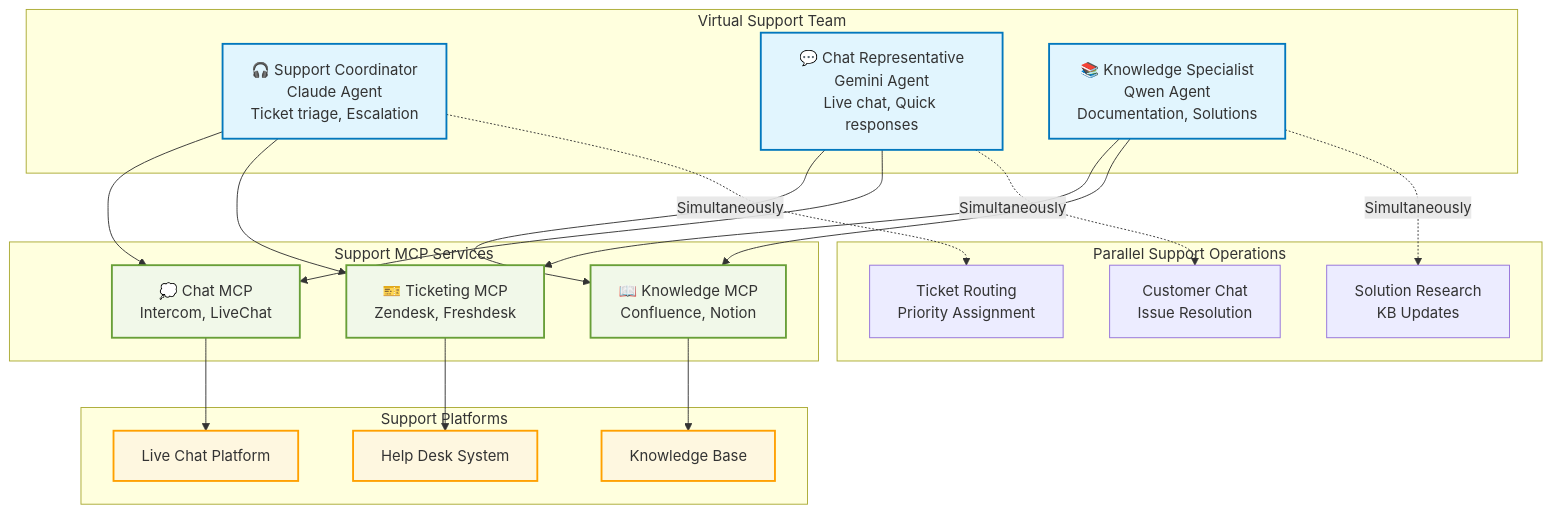
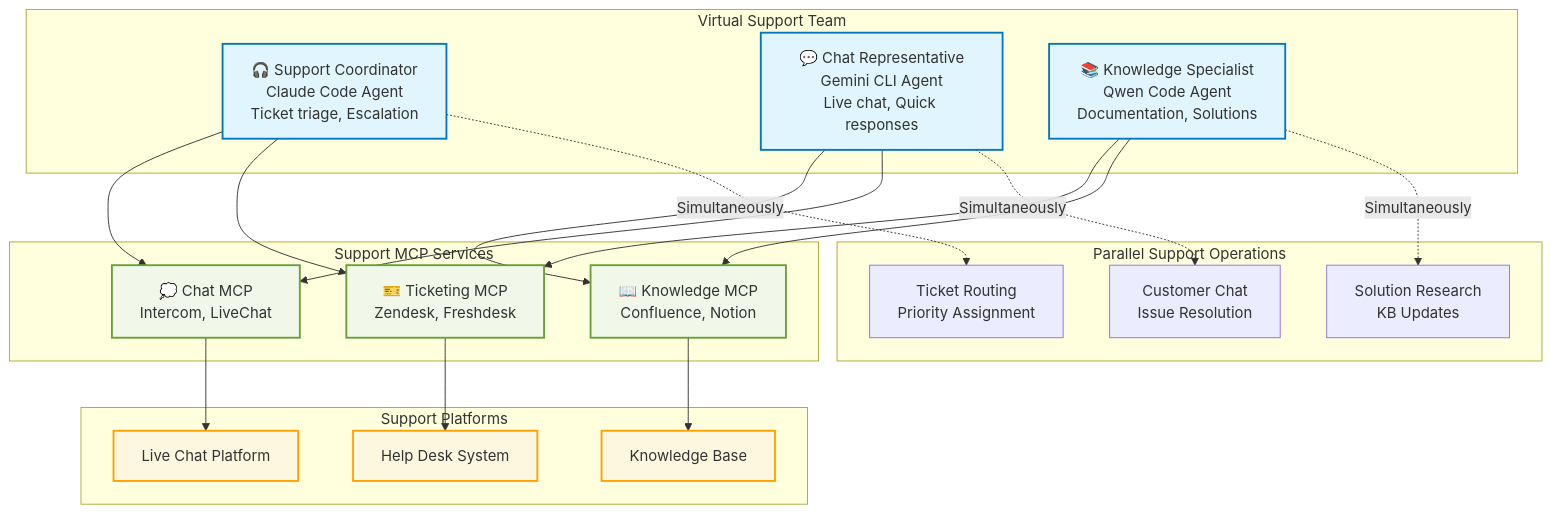
The third of 5 diagrams in README.md (diazoxide/autoteam), drawn with Mermaid before and after one commit. The commit also changed other lines of this file, not shown here.

First line of the commit message:
Update AI agent names to specify CLI/Code versions and scalability

````diff
--- a/README.md
+++ b/README.md
@@ -121,46 +121,46 @@
 ```mermaid
 graph TB
     subgraph "Virtual Support Team"
-        SC[🎧 Support Coordinator<br/>Claude Agent<br/>Ticket triage, Escalation]
-        CR[💬 Chat Representative<br/>Gemini Agent<br/>Live chat, Quick responses]
-        KB[📚 Knowledge Specialist<br/>Qwen Agent<br/>Documentation, Solutions]
+        SC[🎧 Support Coordinator<br/>Claude Code Agent<br/>Ticket triage, Escalation]
+        CR[💬 Chat Representative<br/>Gemini CLI Agent<br/>Live chat, Quick responses]
+        KB[📚 Knowledge Specialist<br/>Qwen Code Agent<br/>Documentation, Solutions]
     end
     
     subgraph "Parallel Support Operations"
         SC -.->|Simultaneously| SFLOW1[Ticket Routing<br/>Priority Assignment]
         CR -.->|Simultaneously| SFLOW2[Customer Chat<br/>Issue Resolution]
         KB -.->|Simultaneously| SFLOW3[Solution Research<br/>KB Updates]
     end
     
     subgraph "Support MCP Services"
         Ticket_MCP[🎫 Ticketing MCP<br/>Zendesk, Freshdesk]
         Chat_MCP[💭 Chat MCP<br/>Intercom, LiveChat]
         KB_MCP[📖 Knowledge MCP<br/>Confluence, Notion]
     end
     
     subgraph "Support Platforms"
         HelpDesk[Help Desk System]
         ChatPlatform[Live Chat Platform]
         KnowledgeBase[Knowledge Base]
     end
     
     SC --> Ticket_MCP
     CR --> Chat_MCP
     KB --> KB_MCP
     
     SC --> Chat_MCP
     CR --> KB_MCP
     KB --> Ticket_MCP
     
     Ticket_MCP --> HelpDesk
     Chat_MCP --> ChatPlatform
     KB_MCP --> KnowledgeBase
     
     classDef agent fill:#e1f5fe,stroke:#0277bd,stroke-width:2px
     classDef mcp fill:#f1f8e9,stroke:#689f38,stroke-width:2px
     classDef platform fill:#fef7e0,stroke:#ffa000,stroke-width:2px
     
     class SC,CR,KB agent
     class Ticket_MCP,Chat_MCP,KB_MCP mcp
     class HelpDesk,ChatPlatform,KnowledgeBase platform
 ```
````
